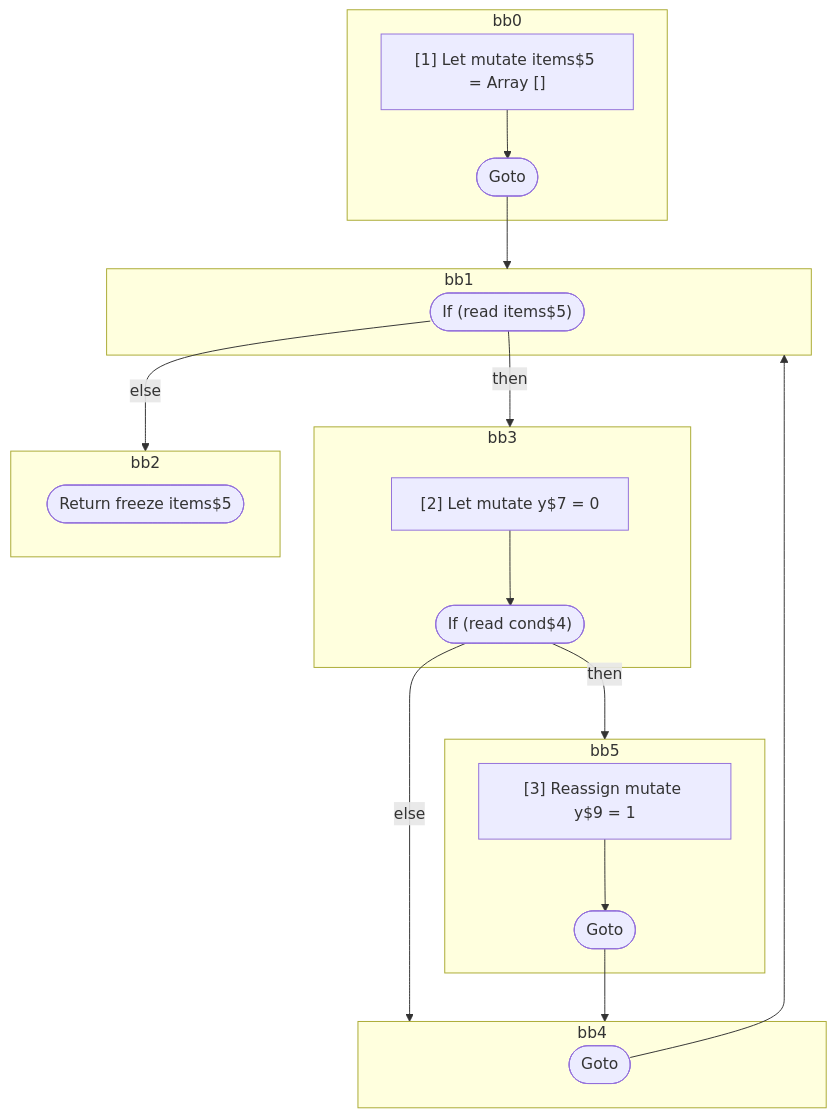
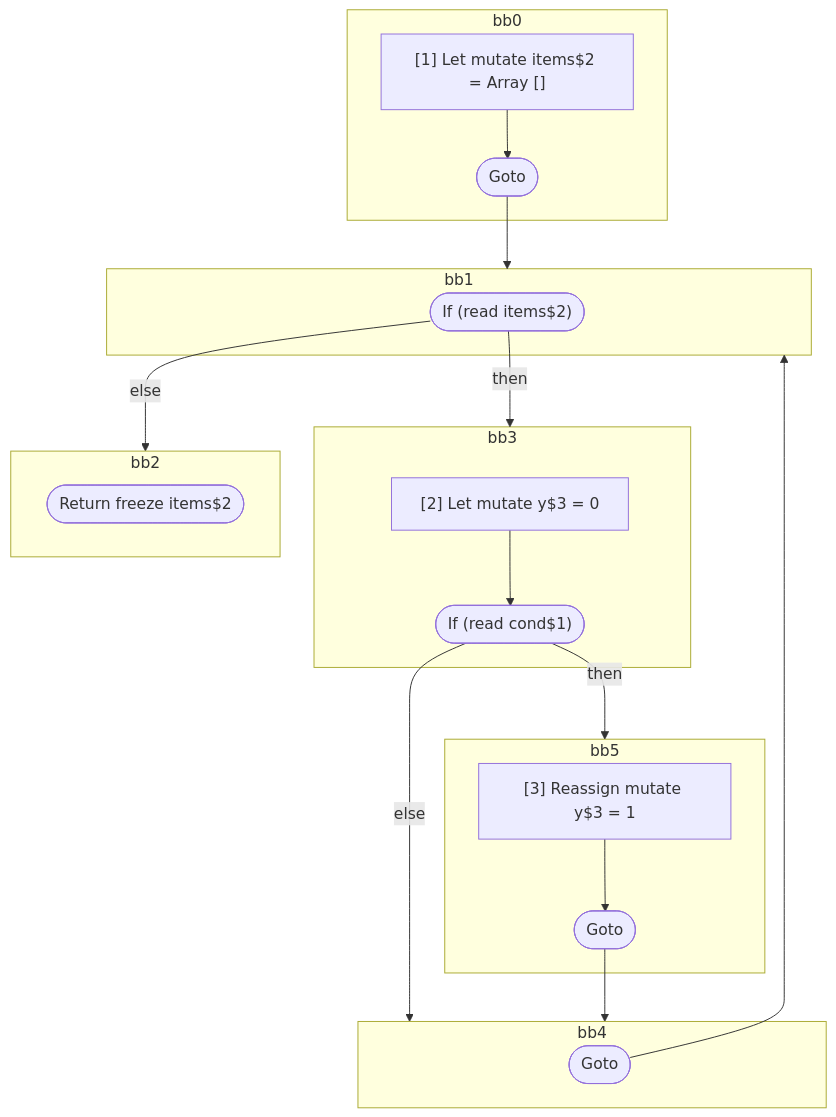
One commit to wutsmog/private changed the diagram in compiler/forget/src/__tests__/fixtures/hir/ssa-for-of.expect.md. Above: the diagram before and after it, drawn with Mermaid. The commit also changed other lines of this file and 57 other files, not shown here.

````diff
--- a/compiler/forget/src/__tests__/fixtures/hir/ssa-for-of.expect.md
+++ b/compiler/forget/src/__tests__/fixtures/hir/ssa-for-of.expect.md
@@ -45,41 +45,41 @@
 ```mermaid
 flowchart TB
   %% Basic Blocks
   subgraph bb0
     bb0_instrs["
-      [1] Let mutate items$5 = Array []
+      [1] Let mutate items$2 = Array []
     "]
     bb0_instrs --> bb0_terminal(["Goto"])
   end
   subgraph bb1
-    bb1_terminal(["If (read items$5)"])
+    bb1_terminal(["If (read items$2)"])
   end
   subgraph bb3
     bb3_instrs["
-      [2] Let mutate y$7 = 0
+      [2] Let mutate y$3 = 0
     "]
-    bb3_instrs --> bb3_terminal(["If (read cond$4)"])
+    bb3_instrs --> bb3_terminal(["If (read cond$1)"])
   end
   subgraph bb5
     bb5_instrs["
-      [3] Reassign mutate y$9 = 1
+      [3] Reassign mutate y$3 = 1
     "]
     bb5_instrs --> bb5_terminal(["Goto"])
   end
   subgraph bb4
     bb4_terminal(["Goto"])
   end
   subgraph bb2
-    bb2_terminal(["Return freeze items$5"])
+    bb2_terminal(["Return freeze items$2"])
   end
 
   %% Jumps
   bb0_terminal --> bb1
   bb1_terminal -- then --> bb3
   bb1_terminal -- else --> bb2
   bb3_terminal -- then --> bb5
   bb3_terminal -- else --> bb4
   bb5_terminal --> bb4
   bb4_terminal --> bb1
 
 ```
````
